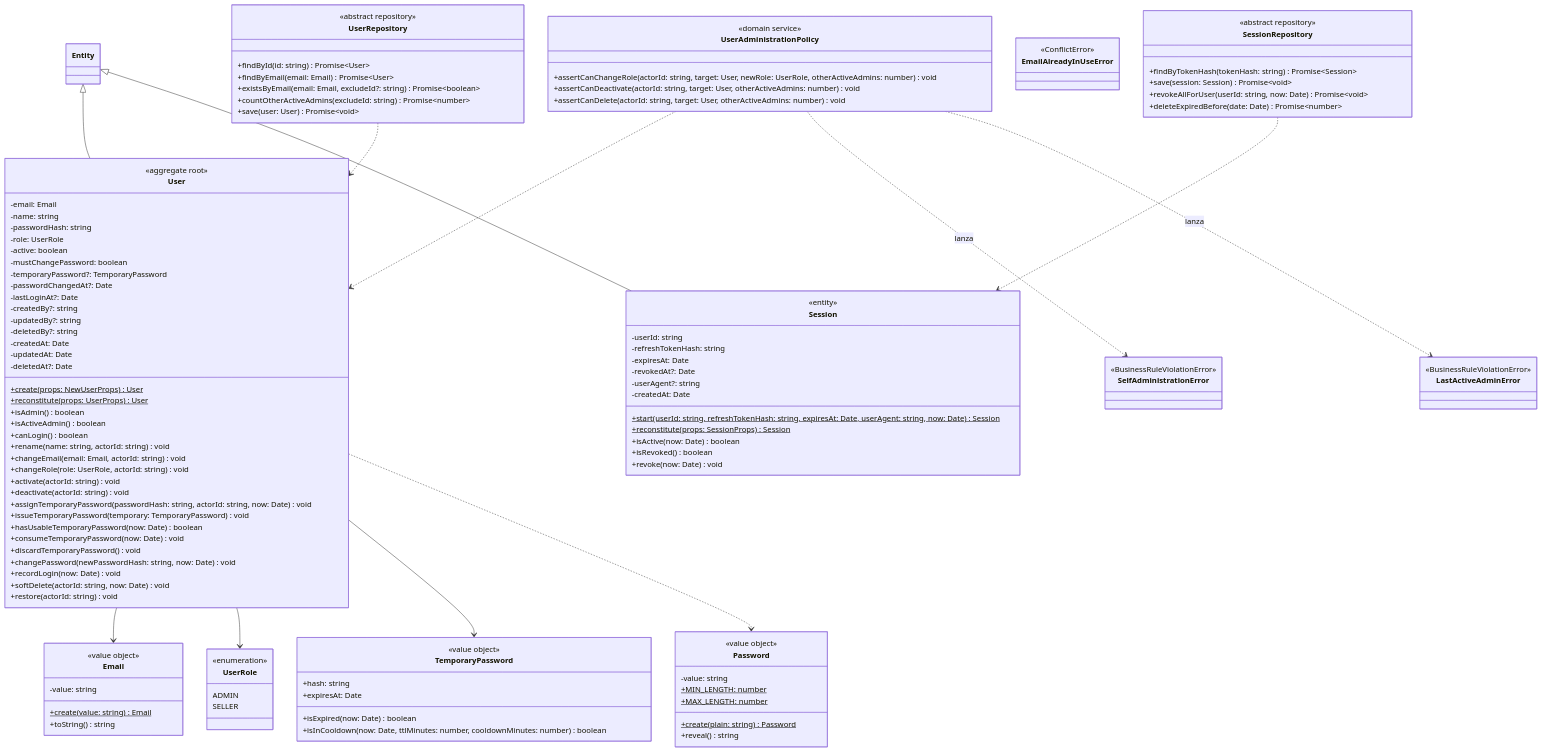
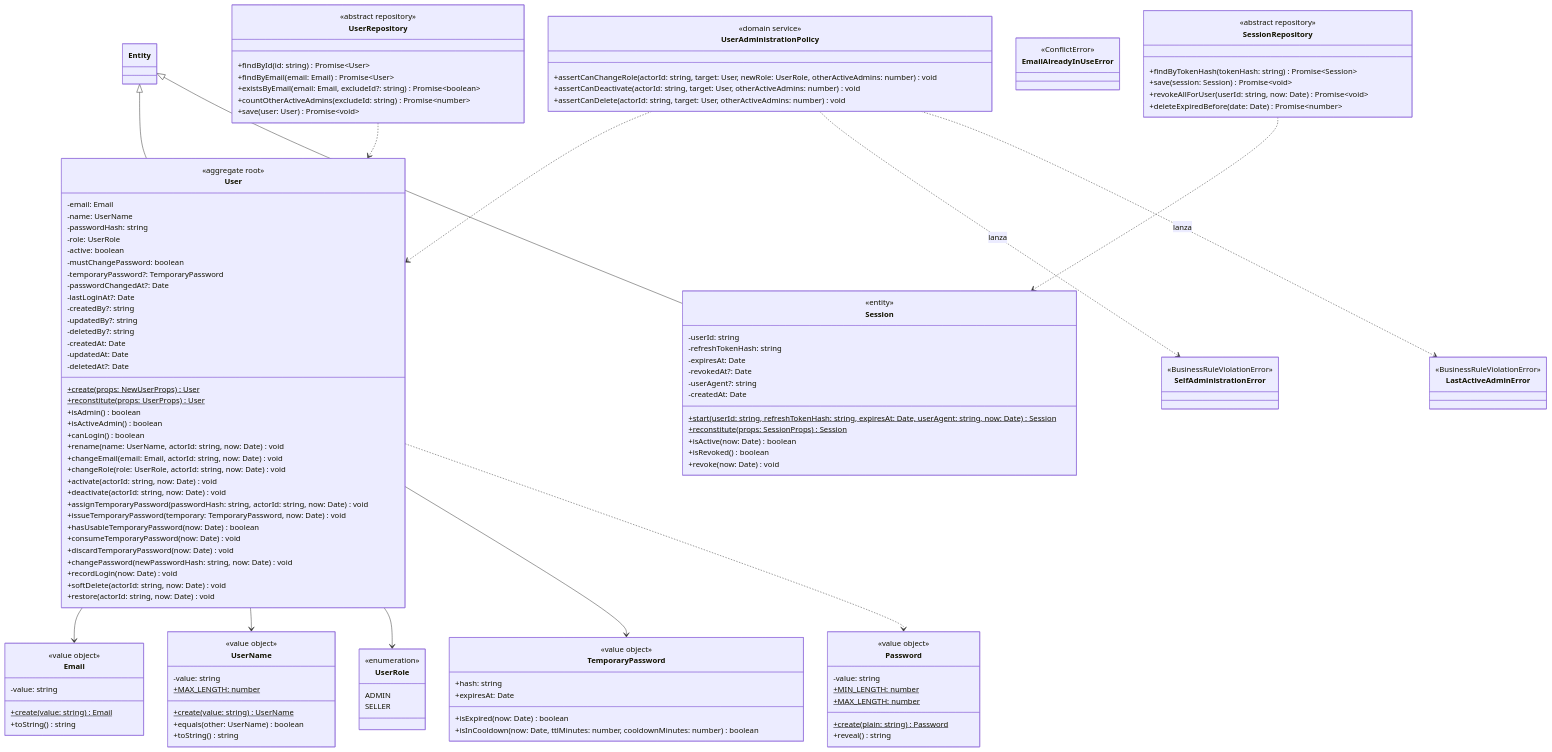
The third of 11 diagrams in backend/docs/Backend.md (FrancoGhilardi/TFI-TUP-Ghilardi-Chiaravalloti), drawn with Mermaid before and after one commit. The commit also changed other lines of this file and 38 other files, not shown here.

```diff
--- a/backend/docs/Backend.md
+++ b/backend/docs/Backend.md
@@ -457,6 +463,15 @@
         <<value object>>
         -value: string
         +create(value: string)$ Email
+        +toString() string
+    }
+
+    class UserName {
+        <<value object>>
+        -value: string
+        +MAX_LENGTH: number$
+        +create(value: string)$ UserName
+        +equals(other: UserName) boolean
         +toString() string
     }
 
@@ -480,7 +495,7 @@
     class User {
         <<aggregate root>>
         -email: Email
-        -name: string
+        -name: UserName
         -passwordHash: string
         -role: UserRole
         -active: boolean
@@ -499,20 +514,20 @@
         +isAdmin() boolean
         +isActiveAdmin() boolean
         +canLogin() boolean
-        +rename(name: string, actorId: string) void
-        +changeEmail(email: Email, actorId: string) void
-        +changeRole(role: UserRole, actorId: string) void
-        +activate(actorId: string) void
-        +deactivate(actorId: string) void
+        +rename(name: UserName, actorId: string, now: Date) void
+        +changeEmail(email: Email, actorId: string, now: Date) void
+        +changeRole(role: UserRole, actorId: string, now: Date) void
+        +activate(actorId: string, now: Date) void
+        +deactivate(actorId: string, now: Date) void
         +assignTemporaryPassword(passwordHash: string, actorId: string, now: Date) void
-        +issueTemporaryPassword(temporary: TemporaryPassword) void
+        +issueTemporaryPassword(temporary: TemporaryPassword, now: Date) void
         +hasUsableTemporaryPassword(now: Date) boolean
         +consumeTemporaryPassword(now: Date) void
-        +discardTemporaryPassword() void
+        +discardTemporaryPassword(now: Date) void
         +changePassword(newPasswordHash: string, now: Date) void
         +recordLogin(now: Date) void
         +softDelete(actorId: string, now: Date) void
-        +restore(actorId: string) void
+        +restore(actorId: string, now: Date) void
     }
 
     class Session {
@@ -561,6 +576,7 @@
     Entity <|-- User
     Entity <|-- Session
     User --> Email
+    User --> UserName
     User --> UserRole
     User --> TemporaryPassword
     User ..> Password
```
